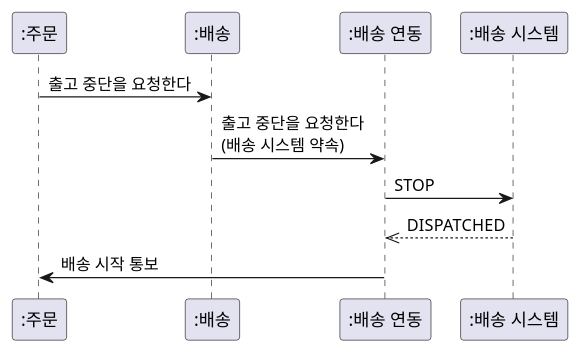
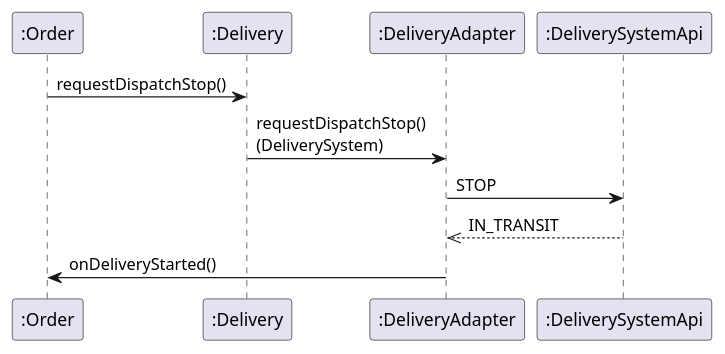
One commit to YoungSan77/TrainingMaterials changed the sixth of 12 diagrams in courses/ooad/sessions/s05.md. Above: the diagram before and after it, drawn with PlantUML. The commit also changed other lines of this file and 69 other files, not shown here.

````diff
--- a/courses/ooad/sessions/s05.md
+++ b/courses/ooad/sessions/s05.md
@@ -626,13 +653,13 @@
 ```plantuml:sequence
 @startuml
-participant ":주문" as O
-participant ":배송" as D
-participant ":배송 연동" as A
-participant ":배송 시스템" as S
-O -> D : 출고 중단을 요청한다
-D -> A : 출고 중단을 요청한다\n(배송 시스템 약속)
+participant ":Order" as O
+participant ":Delivery" as D
+participant ":DeliveryAdapter" as A
+participant ":DeliverySystemApi" as S
+O -> D : requestDispatchStop()
+D -> A : requestDispatchStop()\n(DeliverySystem)
 A -> S : STOP
-S -->> A : DISPATCHED
-A -> O : 배송 시작 통보
+S -->> A : IN_TRANSIT
+A -> O : onDeliveryStarted()
 @enduml
 ```
````
